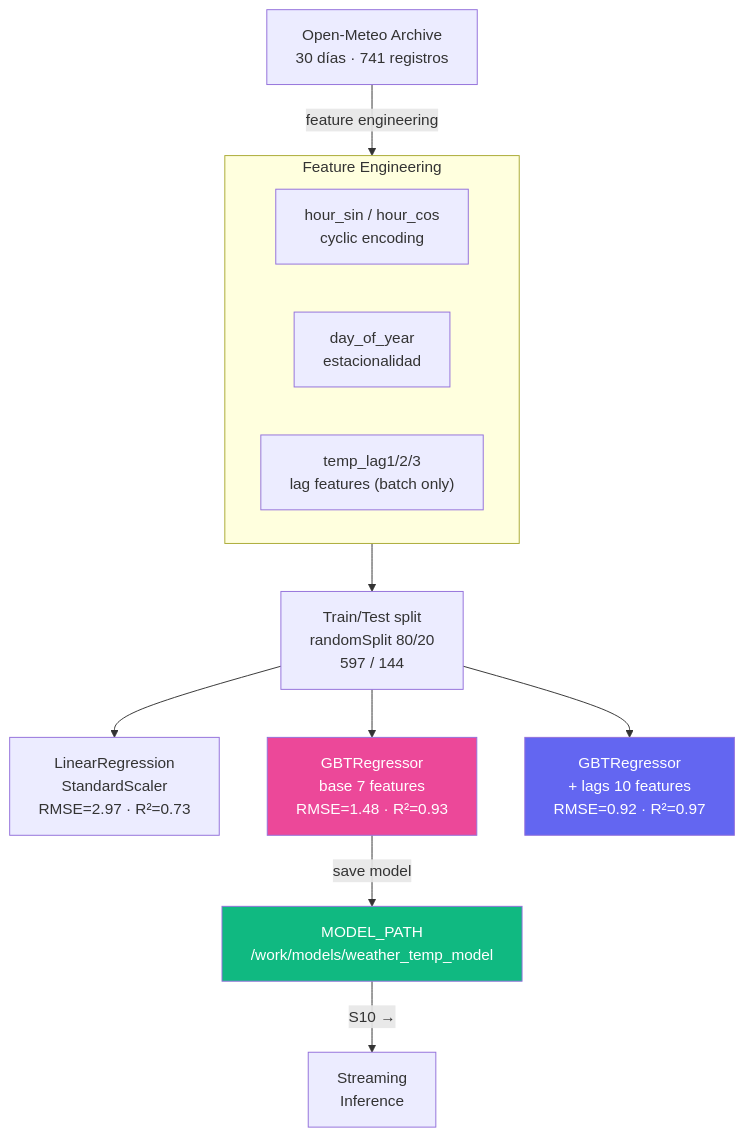
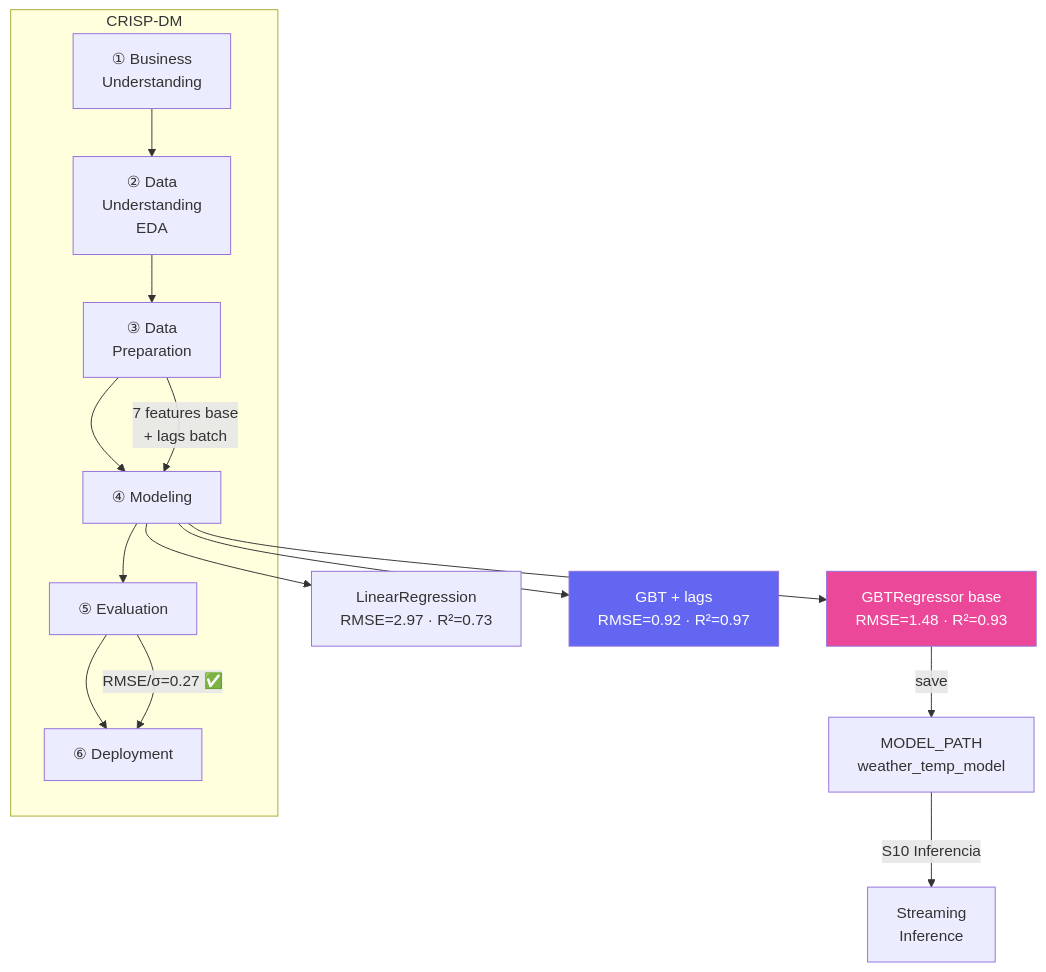
The diagram in docs/s9_mllib.md (TheReeds/big-data-pipelineML), drawn with Mermaid before and after one commit. The commit also changed other lines of this file and 8 other files, not shown here.

````diff
--- a/docs/s9_mllib.md
+++ b/docs/s9_mllib.md
@@ -8,37 +7,33 @@
 ```mermaid
 flowchart TB
-    HIST["Open-Meteo Archive
-30 días · 741 registros"] -->|"feature engineering"| FE
-
-    subgraph FE["Feature Engineering"]
-        F1["hour_sin / hour_cos
-cyclic encoding"]
-        F2["day_of_year
-estacionalidad"]
-        F3["temp_lag1/2/3
-lag features (batch only)"]
+    subgraph CRISP["CRISP-DM"]
+        BU["① Business
+Understanding"]
+        DU["② Data
+Understanding
+EDA"]
+        DP["③ Data
+Preparation"]
+        MOD["④ Modeling"]
+        EVAL["⑤ Evaluation"]
+        DEP["⑥ Deployment"]
+        BU --> DU --> DP --> MOD --> EVAL --> DEP
     end
 
-    FE --> SPLIT["Train/Test split
-randomSplit 80/20
-597 / 144"]
-
-    SPLIT --> LR["LinearRegression
-StandardScaler
+    DP -->|"7 features base
++ lags batch"| MOD
+    MOD --> LR["LinearRegression
 RMSE=2.97 · R²=0.73"]
-    SPLIT --> GBT["GBTRegressor
-base 7 features
+    MOD --> GBT["GBTRegressor base
 RMSE=1.48 · R²=0.93"]
-    SPLIT --> LAG["GBTRegressor
-+ lags 10 features
+    MOD --> LAG["GBT + lags
 RMSE=0.92 · R²=0.97"]
-
-    GBT -->|"save model"| SAVED["MODEL_PATH
-/work/models/weather_temp_model"]
-    SAVED -->|"S10 →"| INF["Streaming
+    GBT -->|"save"| SAVED["MODEL_PATH
+weather_temp_model"]
+    EVAL -->|"RMSE/σ=0.27 ✅"| DEP
+    SAVED -->|"S10 Inferencia"| INF["Streaming
 Inference"]
 
     style GBT fill:#ec4899,color:#fff
     style LAG fill:#6366f1,color:#fff
-    style SAVED fill:#10b981,color:#fff
 ```
````
